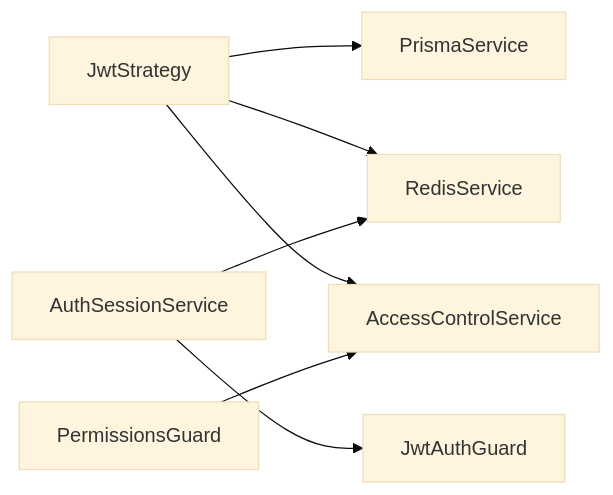
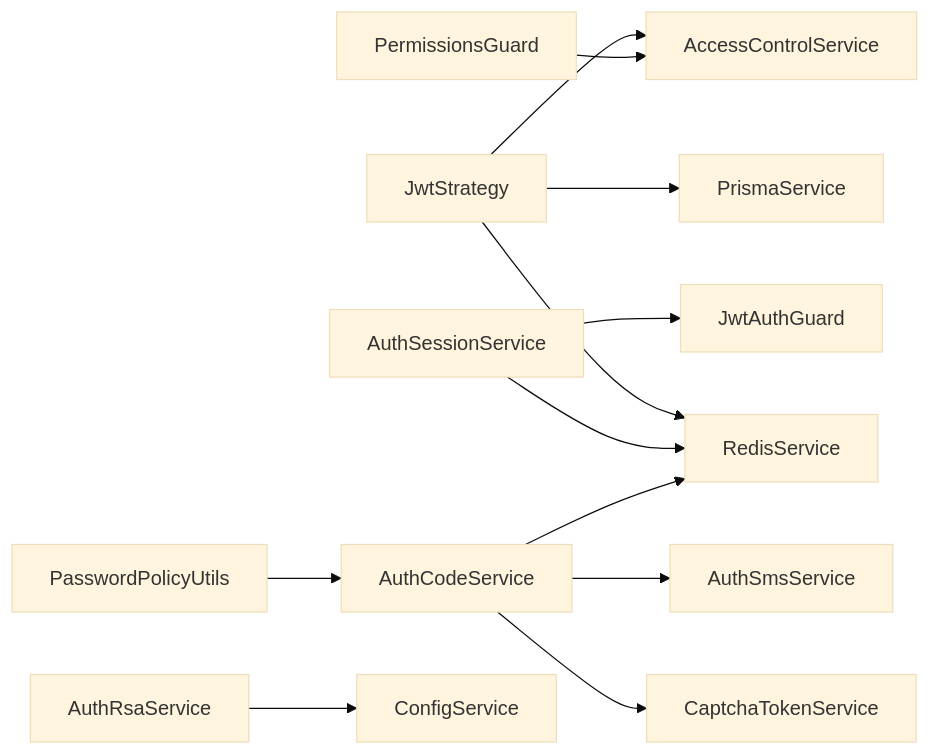
Before and after one commit to rc558620/purelyprofit-server: the eighth of 8 diagrams in .qoder/repowiki/zh/content/架构设计/安全架构.md, drawn with Mermaid (base theme). The commit also changed other lines of this file and 25 other files, not shown here.

````diff
--- a/.qoder/repowiki/zh/content/架构设计/安全架构.md
+++ b/.qoder/repowiki/zh/content/架构设计/安全架构.md
@@ -357,9 +536,14 @@
 ```mermaid
 graph LR
 JST["JwtStrategy"] --> PRS["PrismaService"]
 JST --> RDS["RedisService"]
 JST --> ACS["AccessControlService"]
 PG["PermissionsGuard"] --> ACS
 ASS["AuthSessionService"] --> RDS
 ASS --> JWG["JwtAuthGuard"]
+ACODE["AuthCodeService"] --> CTS["CaptchaTokenService"]
+ACODE --> ASMS["AuthSmsService"]
+ACODE --> RDS
+ARSA["AuthRsaService"] --> CFG["ConfigService"]
+PSM["PasswordPolicyUtils"] --> ACODE
 ```
````
